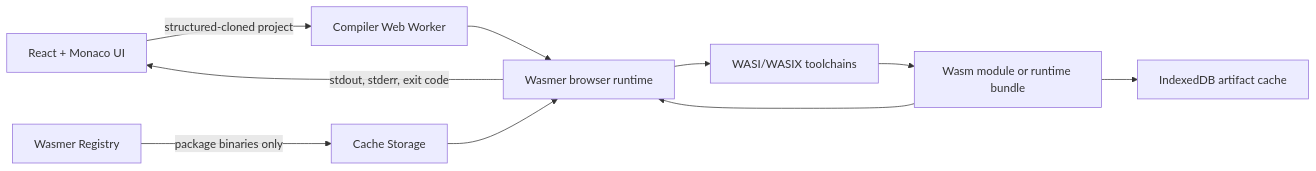
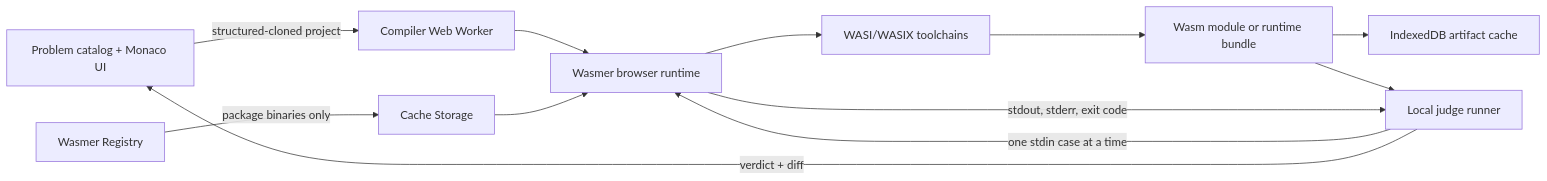
One commit to wasm-oj/forge changed the diagram in docs/architecture.md. Above: the diagram before and after it, drawn with Mermaid. The commit also changed other lines of this file and 18 other files, not shown here.

Commit message:
Add browser-local online judge with 20 problems

````diff
--- a/docs/architecture.md
+++ b/docs/architecture.md
@@ -5,12 +5,14 @@
 ```mermaid
 flowchart LR
-  UI["React + Monaco UI"] -->|"structured-cloned project"| CW["Compiler Web Worker"]
+  UI["Problem catalog + Monaco UI"] -->|"structured-cloned project"| CW["Compiler Web Worker"]
   CW --> WR["Wasmer browser runtime"]
   WR --> TC["WASI/WASIX toolchains"]
   TC --> AR["Wasm module or runtime bundle"]
   AR --> IDB["IndexedDB artifact cache"]
-  AR --> WR
-  WR -->|"stdout, stderr, exit code"| UI
+  AR --> JR["Local judge runner"]
+  JR -->|"one stdin case at a time"| WR
+  WR -->|"stdout, stderr, exit code"| JR
+  JR -->|"verdict + diff"| UI
   REG["Wasmer Registry"] -->|"package binaries only"| CS["Cache Storage"]
   CS --> WR
 ```
````
